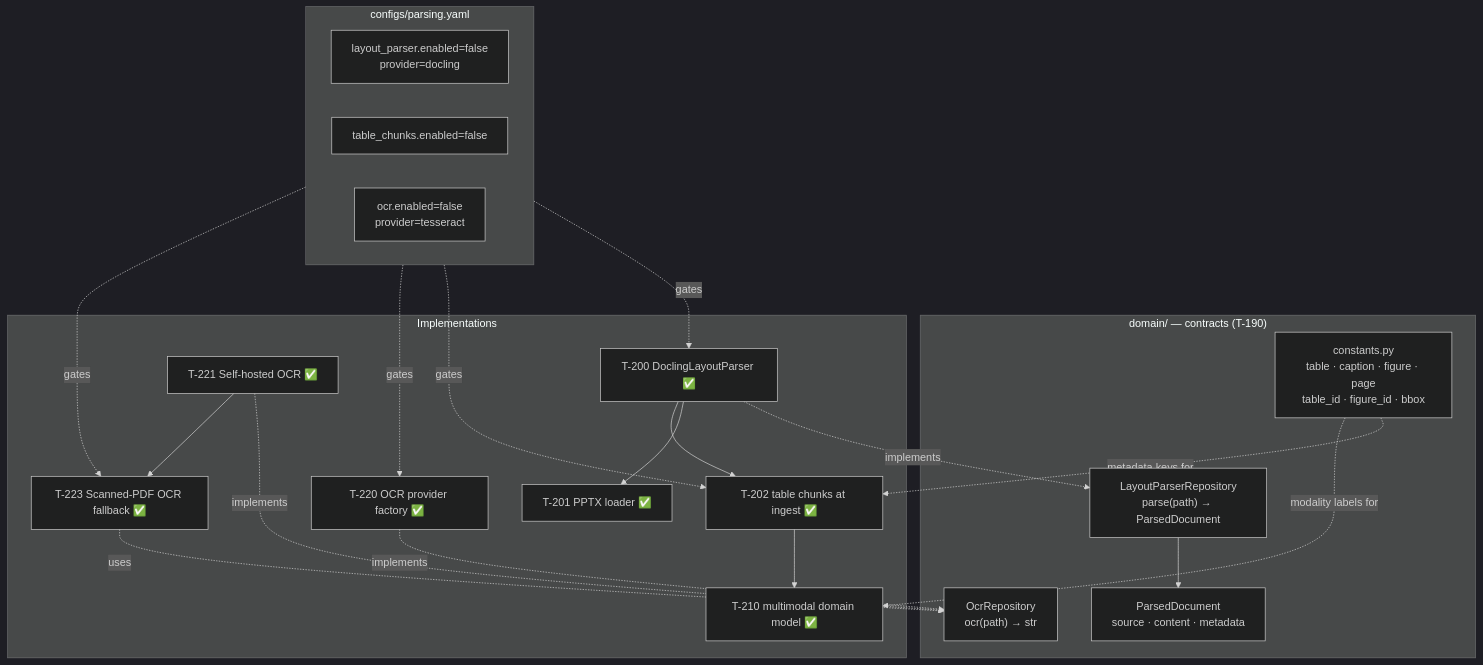
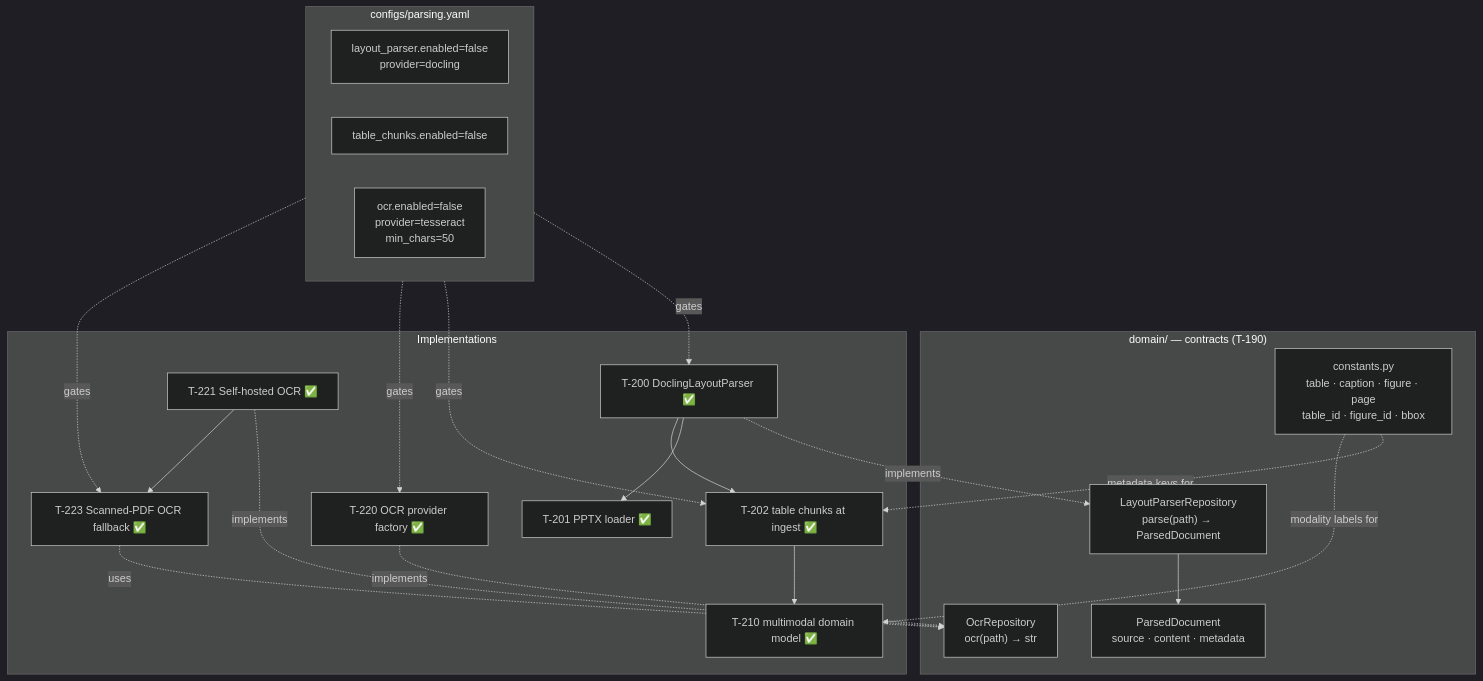
Before and after one commit to ealbertoav/rag_platform: the fourth of 23 diagrams in README.md, drawn with Mermaid (dark theme). The commit also changed other lines of this file and 1 other file, not shown here.

First line of the commit message:
Add OCR fallback for scanned PDFs with dual-hash deduplication (T-223):

````diff
--- a/README.md
+++ b/README.md
@@ -582,41 +595,41 @@
 ```mermaid
 flowchart TB
     subgraph DOMAIN["domain/ — contracts (T-190)"]
         LPR["LayoutParserRepository<br/>parse(path) → ParsedDocument"]
         OCR["OcrRepository<br/>ocr(path) → str"]
         PD["ParsedDocument<br/>source · content · metadata"]
         CONST["constants.py<br/>table · caption · figure · page<br/>table_id · figure_id · bbox"]
     end
 
     subgraph CONFIG["configs/parsing.yaml"]
         LPSET["layout_parser.enabled=false<br/>provider=docling"]
         TCSET["table_chunks.enabled=false"]
-        OCRSET["ocr.enabled=false<br/>provider=tesseract"]
+        OCRSET["ocr.enabled=false<br/>provider=tesseract<br/>min_chars=50"]
     end
 
     subgraph IMPL["Implementations"]
         T200["T-200 DoclingLayoutParser ✅"]
         T201["T-201 PPTX loader ✅"]
         T202["T-202 table chunks at ingest ✅"]
         T210["T-210 multimodal domain model ✅"]
         T220["T-220 OCR provider factory ✅"]
         T221["T-221 Self-hosted OCR ✅"]
         T223["T-223 Scanned-PDF OCR fallback ✅"]
     end
 
     LPR --> PD
     CONFIG -.->|gates| T200
     CONFIG -.->|gates| T202
     CONFIG -.->|gates| T220
     CONFIG -.->|gates| T223
     T200 -.->|implements| LPR
     T220 -.->|implements| OCR
     T221 -.->|implements| OCR
     T223 -.->|uses| OCR
     T200 --> T201
     T200 --> T202
     T202 --> T210
     T221 --> T223
     CONST -.->|metadata keys for| T202
     CONST -.->|modality labels for| T210
 ```
````
